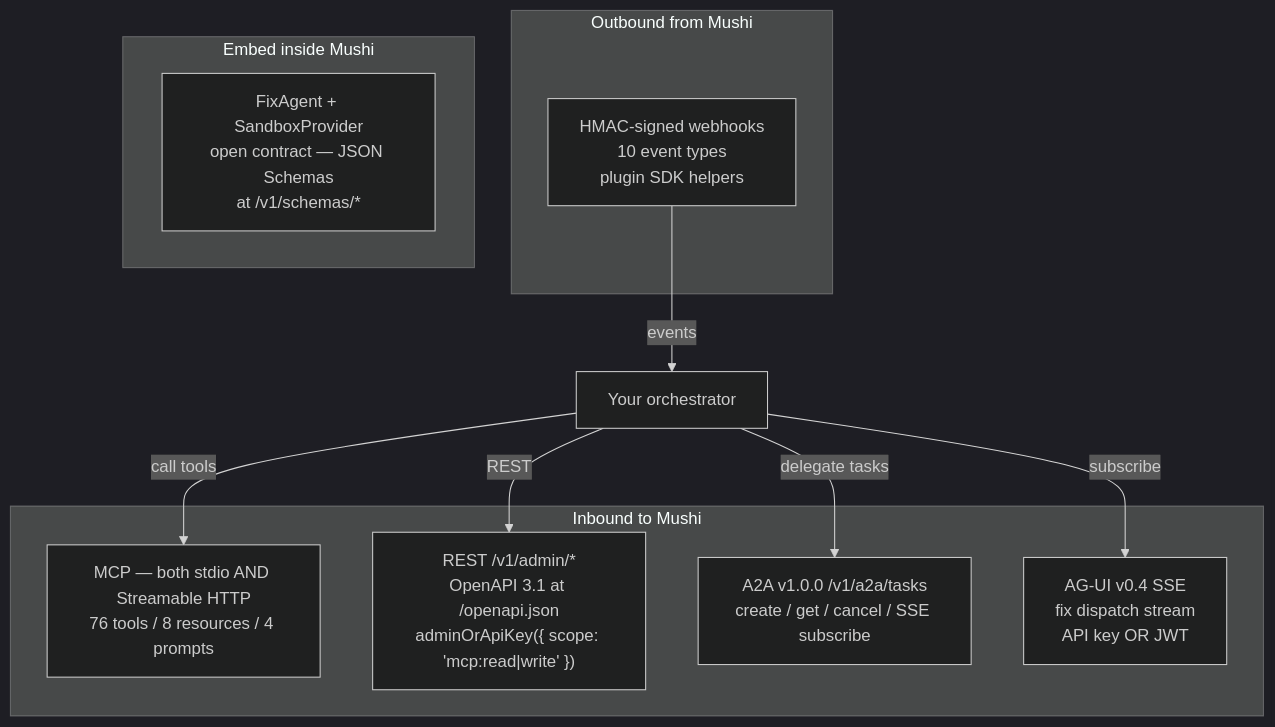
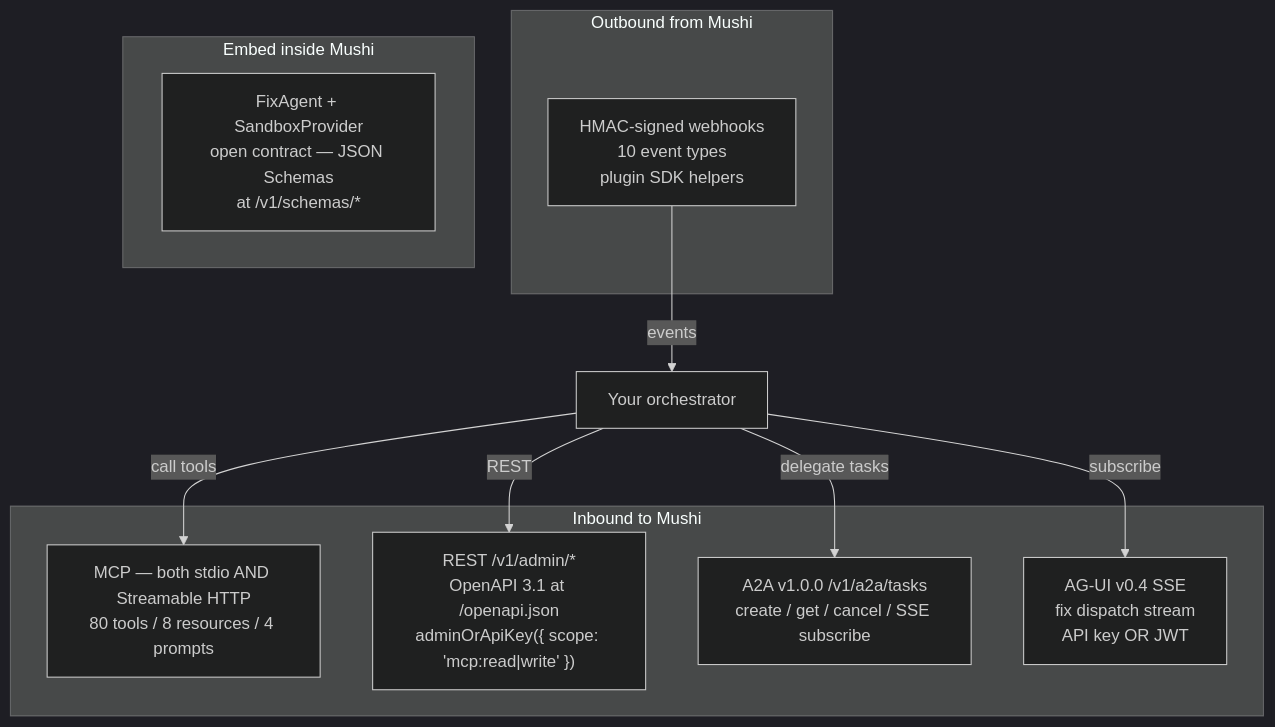
Before and after one commit to kensaurus/mushi-mushi: the diagram in apps/docs/content/concepts/orchestrator-interop.mdx, drawn with Mermaid (dark theme). The commit also changed other lines of this file and 429 other files, not shown here.

````diff
--- a/apps/docs/content/concepts/orchestrator-interop.mdx
+++ b/apps/docs/content/concepts/orchestrator-interop.mdx
@@ -32,20 +32,20 @@
 ```mermaid
 flowchart TB
   subgraph Inbound["Inbound to Mushi"]
-    MCP["MCP — both stdio AND Streamable HTTP<br/>76 tools / 8 resources / 4 prompts"]
+    MCP["MCP — both stdio AND Streamable HTTP<br/>80 tools / 8 resources / 4 prompts"]
     REST["REST /v1/admin/*<br/>OpenAPI 3.1 at /openapi.json<br/>adminOrApiKey({ scope: 'mcp:read|write' })"]
     A2A["A2A v1.0.0 /v1/a2a/tasks<br/>create / get / cancel / SSE subscribe"]
     AGUI["AG-UI v0.4 SSE<br/>fix dispatch stream<br/>API key OR JWT"]
   end
   subgraph Outbound["Outbound from Mushi"]
     Hooks["HMAC-signed webhooks<br/>10 event types<br/>plugin SDK helpers"]
   end
   subgraph Native["Embed inside Mushi"]
     FA["FixAgent + SandboxProvider<br/>open contract — JSON Schemas<br/>at /v1/schemas/*"]
   end
   Orch["Your orchestrator"] -->|"call tools"| MCP
   Orch -->|"REST"| REST
   Orch -->|"delegate tasks"| A2A
   Orch -->|"subscribe"| AGUI
   Hooks -->|"events"| Orch
 ```
````
